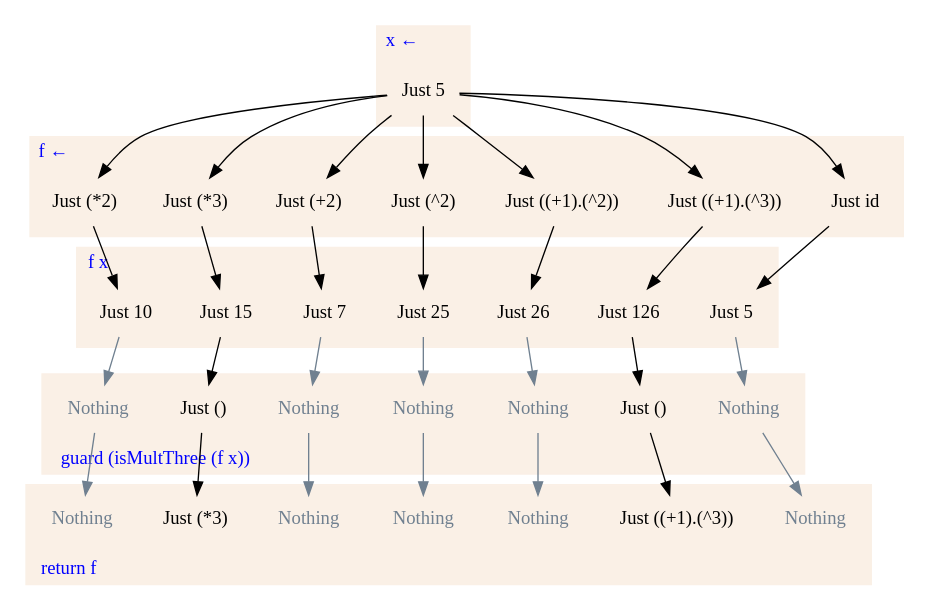
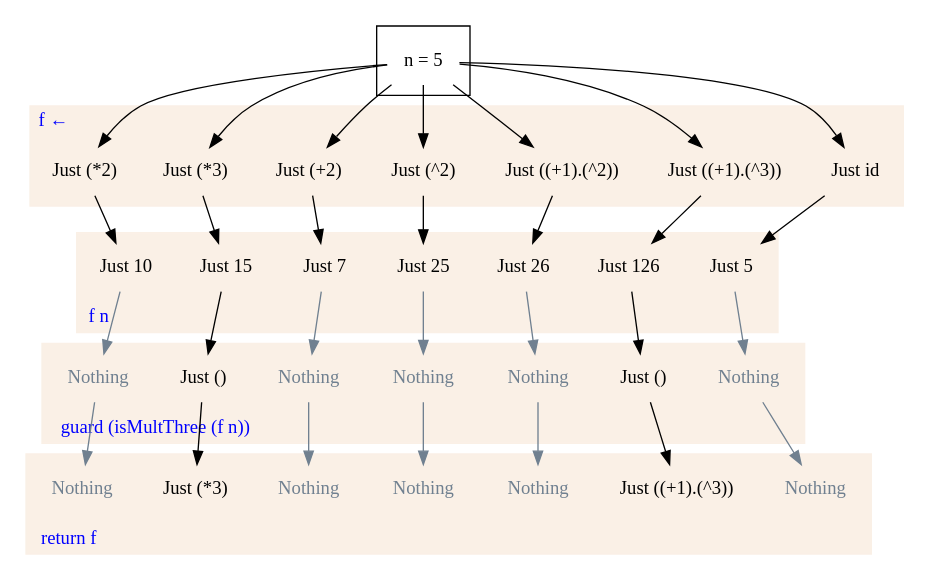
Before and after one commit to mstksg/inCode: the diagram in work/monad-plus/testnumber.dot, drawn with Graphviz. The commit also changed 3 other files, not shown here.

```diff
--- a/work/monad-plus/testnumber.dot
+++ b/work/monad-plus/testnumber.dot
@@ -1,107 +1,108 @@
 digraph {
-
     node [shape=none, color=white, fontname="palatino"] ;
     graph [fontname="palatino"] ;
+
 
     labeljust="l";
     constraint=false;
 
     subgraph cluster0 {
-        label="x ←" ;
-        fontcolor=blue;
-        style=filled ;
-        color=linen ;
-        x  [label="Just 5"] ;
+        /* label="x ←" ; */
+        /* fontcolor=blue; */
+        /* style=filled ; */
+        /* color=linen ; */
+        n  [label="n = 5"] ;
     }
 
     subgraph cluster1 {
         label="f ←" ;
         fontcolor=blue;
         style=filled ;
         color=linen ;
-        y7 [label="Just id"] ;
-        y6 [label="Just ((+1).(^3))"] ;
-        y5 [label="Just ((+1).(^2))"] ;
-        y4 [label="Just (^2)"] ;
-        y3 [label="Just (+2)"] ;
-        y2 [label="Just (*3)"] ;
-        y1 [label="Just (*2)"] ;
+        f7 [label="Just id"] ;
+        f6 [label="Just ((+1).(^3))"] ;
+        f5 [label="Just ((+1).(^2))"] ;
+        f4 [label="Just (^2)"] ;
+        f3 [label="Just (+2)"] ;
+        f2 [label="Just (*3)"] ;
+        f1 [label="Just (*2)"] ;
     }
 
     subgraph cluster2 {
-        label="f x" ;
+        label="f n" ;
         fontcolor=blue;
+        labelloc=b;
         style=filled;
         color=linen;
         z7 [label="Just 5"] ;
         z6 [label="Just 126"] ;
         z5 [label="Just 26"] ;
         z4 [label="Just 25"] ;
         z3 [label="Just 7"] ;
         z2 [label="Just 15"] ;
         z1 [label="Just 10"] ;
     }
 
     subgraph cluster3 {
-        label="guard (isMultThree (f x))" ;
+        label="guard (isMultThree (f n))" ;
         labelloc=b;
         fontcolor=blue;
         style=filled;
         color=linen;
         g7 [label="Nothing",fontcolor=slategray] ;
         g6 [label="Just ()"] ;
         g5 [label="Nothing",fontcolor=slategray] ;
         g4 [label="Nothing",fontcolor=slategray] ;
         g3 [label="Nothing",fontcolor=slategray] ;
         g2 [label="Just ()"] ;
         g1 [label="Nothing",fontcolor=slategray] ;
     }
 
     subgraph cluster4 {
         label="return f" ;
         labelloc=b;
         fontcolor=blue;
         style=filled;
         color=linen;
         r7 [label="Nothing",fontcolor=slategray] ;
         r6 [label="Just ((+1).(^3))"] ;
         r5 [label="Nothing",fontcolor=slategray] ;
         r4 [label="Nothing",fontcolor=slategray] ;
         r3 [label="Nothing",fontcolor=slategray] ;
         r2 [label="Just (*3)"] ;
         r1 [label="Nothing",fontcolor=slategray] ;
     }
 
-    x  -> y1 ;
-    x  -> y2 ;
-    x  -> y3 ;
-    x  -> y4 ;
-    x  -> y5 ;
-    x  -> y6 ;
-    x  -> y7 ;
+    n  -> f1 ;
+    n  -> f2 ;
+    n  -> f3 ;
+    n  -> f4 ;
+    n  -> f5 ;
+    n  -> f6 ;
+    n  -> f7 ;
 
-    y1 -> z1 ;
-    y2 -> z2 ;
-    y3 -> z3 ;
-    y4 -> z4 ;
-    y5 -> z5 ;
-    y6 -> z6 ;
-    y7 -> z7 ;
+    f1 -> z1 ;
+    f2 -> z2 ;
+    f3 -> z3 ;
+    f4 -> z4 ;
+    f5 -> z5 ;
+    f6 -> z6 ;
+    f7 -> z7 ;
 
     z1 -> g1 [color=slategray];
     z2 -> g2 ;
     z3 -> g3 [color=slategray];
     z4 -> g4 [color=slategray];
     z5 -> g5 [color=slategray];
     z6 -> g6 ;
     z7 -> g7 [color=slategray];
 
     g1 -> r1 [color=slategray];
     g2 -> r2 ;
     g3 -> r3 [color=slategray];
     g4 -> r4 [color=slategray];
     g5 -> r5 [color=slategray];
     g6 -> r6 ;
     g7 -> r7 [color=slategray];
 
 }
```
